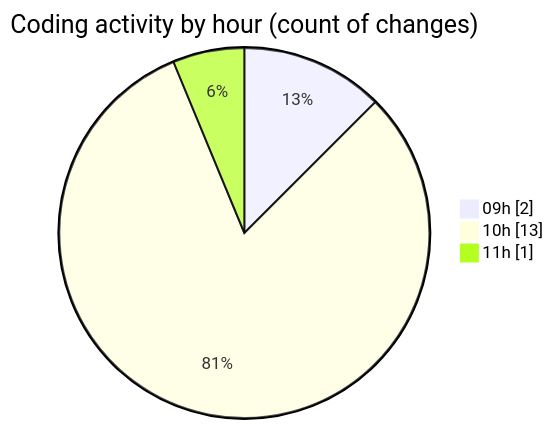
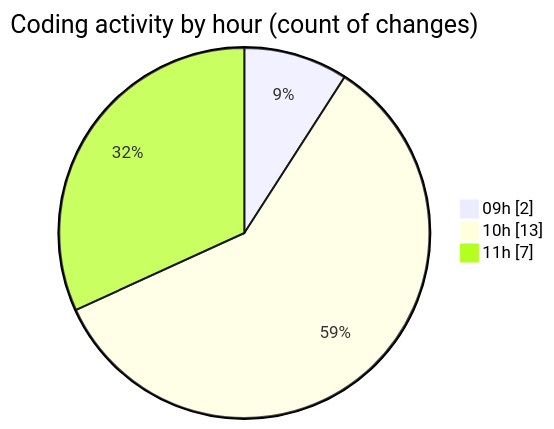
The second of 2 diagrams in 2025-07-02/cda/README.md (momahboobian/code-tracking), drawn with Mermaid before and after one commit. The commit also changed other lines of this file and 1 other file, not shown here.

````diff
--- a/2025-07-02/cda/README.md
+++ b/2025-07-02/cda/README.md
@@ -35,7 +35,7 @@
 ```mermaid
 pie showData
 title Coding activity by hour (count of changes)
 "09h" : 2
 "10h" : 13
-"11h" : 1
+"11h" : 7
 ```
````
